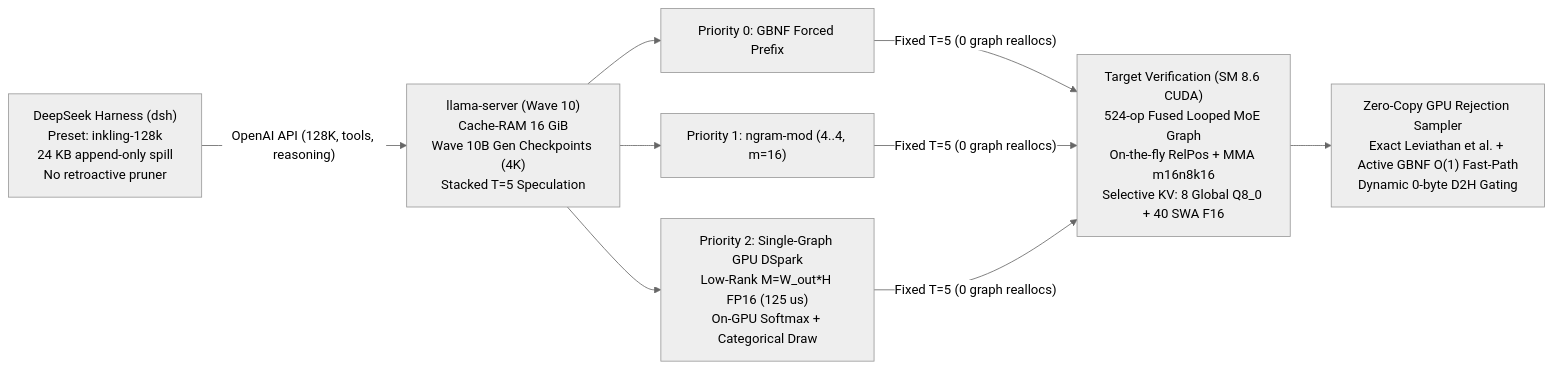
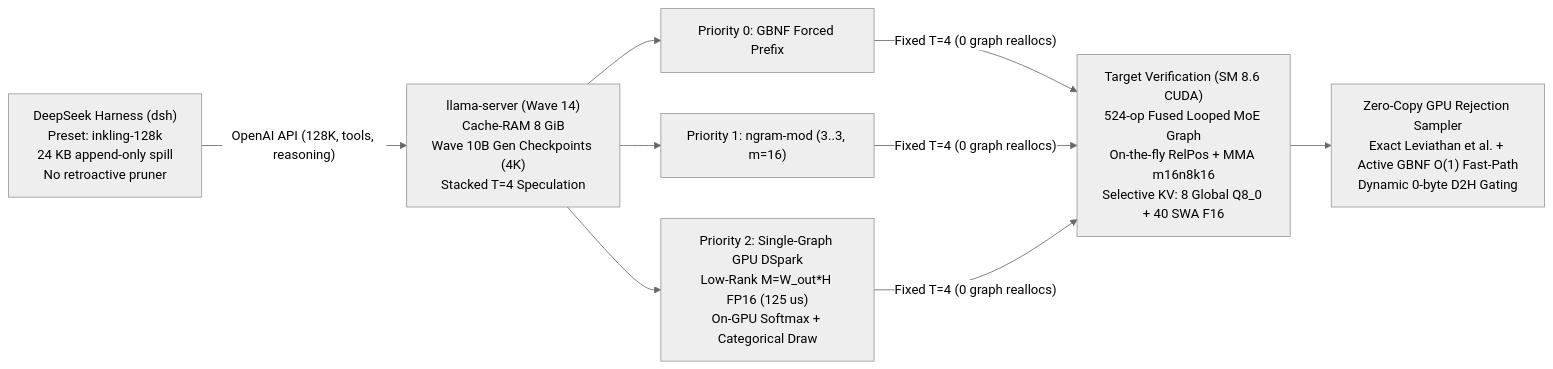
One commit to JoaFoschiatti/inkling-2-mini-rtx3090-sm86 changed the diagram in README.md. Above: the diagram before and after it, drawn with Mermaid (neutral theme). The commit also changed other lines of this file and 3 other files, not shown here.

````diff
--- a/README.md
+++ b/README.md
@@ -49,9 +49,9 @@
 ```mermaid
 flowchart LR
-    H["DeepSeek Harness (dsh)<br/>Preset: inkling-128k<br/>24 KB append-only spill<br/>No retroactive pruner"] -->|"OpenAI API (128K, tools, reasoning)"| S["llama-server (Wave 10)<br/>Cache-RAM 16 GiB<br/>Wave 10B Gen Checkpoints (4K)<br/>Stacked T=5 Speculation"]
+    H["DeepSeek Harness (dsh)<br/>Preset: inkling-128k<br/>24 KB append-only spill<br/>No retroactive pruner"] -->|"OpenAI API (128K, tools, reasoning)"| S["llama-server (Wave 14)<br/>Cache-RAM 8 GiB<br/>Wave 10B Gen Checkpoints (4K)<br/>Stacked T=4 Speculation"]
     S --> D1["Priority 0: GBNF Forced Prefix"]
-    S --> D2["Priority 1: ngram-mod (4..4, m=16)"]
+    S --> D2["Priority 1: ngram-mod (3..3, m=16)"]
     S --> D3["Priority 2: Single-Graph GPU DSpark<br/>Low-Rank M=W_out*H FP16 (125 us)<br/>On-GPU Softmax + Categorical Draw"]
-    D1 & D2 & D3 -->|"Fixed T=5 (0 graph reallocs)"| V["Target Verification (SM 8.6 CUDA)<br/>524-op Fused Looped MoE Graph<br/>On-the-fly RelPos + MMA m16n8k16<br/>Selective KV: 8 Global Q8_0 + 40 SWA F16"]
+    D1 & D2 & D3 -->|"Fixed T=4 (0 graph reallocs)"| V["Target Verification (SM 8.6 CUDA)<br/>524-op Fused Looped MoE Graph<br/>On-the-fly RelPos + MMA m16n8k16<br/>Selective KV: 8 Global Q8_0 + 40 SWA F16"]
     V --> R["Zero-Copy GPU Rejection Sampler<br/>Exact Leviathan et al. + Active GBNF O(1) Fast-Path<br/>Dynamic 0-byte D2H Gating"]
 ```
````
